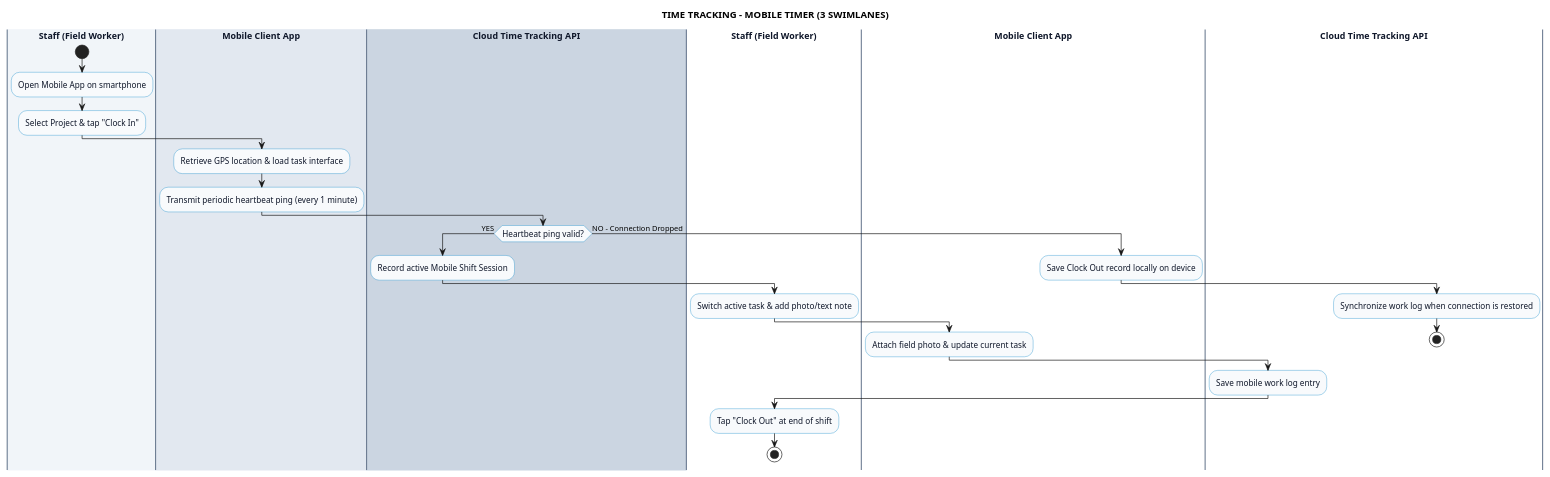
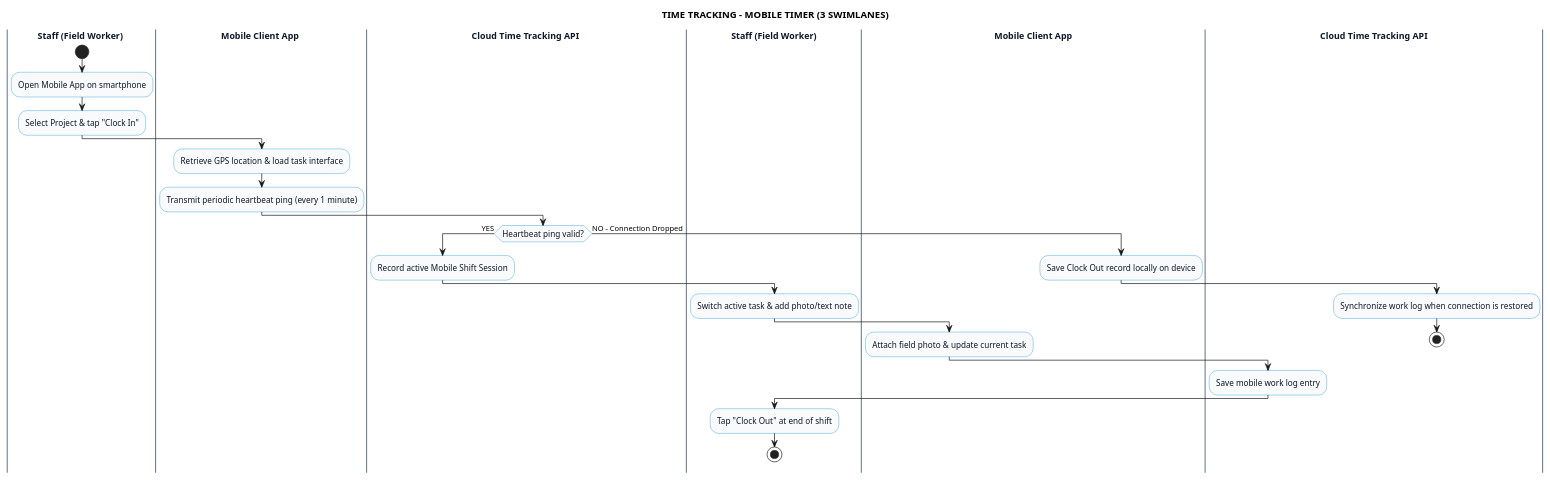
Before and after one commit to Dikhang1112/Monitoring_HR: the diagram in docs/swimlane/time_tracking/MobileTimerDiagram.md, drawn with PlantUML. The commit also changed other lines of this file and 47 other files, not shown here.

Commit message:
Refactor usecase diagram and swimlane

````diff
--- a/docs/swimlane/time_tracking/MobileTimerDiagram.md
+++ b/docs/swimlane/time_tracking/MobileTimerDiagram.md
@@ -9,55 +9,55 @@
 ```plantuml
 @startuml
 title TIME TRACKING - MOBILE TIMER (3 SWIMLANES)
 
 skinparam linetype ortho
 skinparam nodesep 60
 skinparam ranksep 80
 
 skinparam activity {
   BackgroundColor #f8fafc
   BorderColor #0284c7
   FontColor #0f172a
   FontSize 12
 }
 skinparam swimlane {
   BorderColor #64748b
   TitleFontColor #0f172a
   TitleFontSize 13
   TitleFontStyle bold
 }
 
 ' =====================================================
 ' 3 SWIMLANES DECLARATION
 ' =====================================================
-|#f1f5f9| Staff (Field Worker) |
+|Staff (Field Worker) |
 start
 :Open Mobile App on smartphone;
 :Select Project & tap "Clock In";
 
-|#e2e8f0| Mobile Client App |
+|Mobile Client App |
 :Retrieve GPS location & load task interface;
 :Transmit periodic heartbeat ping (every 1 minute);
 
-|#cbd5e1| Cloud Time Tracking API |
+|Cloud Time Tracking API |
 if (Heartbeat ping valid?) then (YES)
   :Record active Mobile Shift Session;
   |Staff (Field Worker)|
   :Switch active task & add photo/text note;
   |Mobile Client App|
   :Attach field photo & update current task;
   |Cloud Time Tracking API|
   :Save mobile work log entry;
   |Staff (Field Worker)|
   :Tap "Clock Out" at end of shift;
   stop
 else (NO - Connection Dropped)
   |Mobile Client App|
   :Save Clock Out record locally on device;
   |Cloud Time Tracking API|
   :Synchronize work log when connection is restored;
   stop
 endif
 
 @enduml
 ```
````
